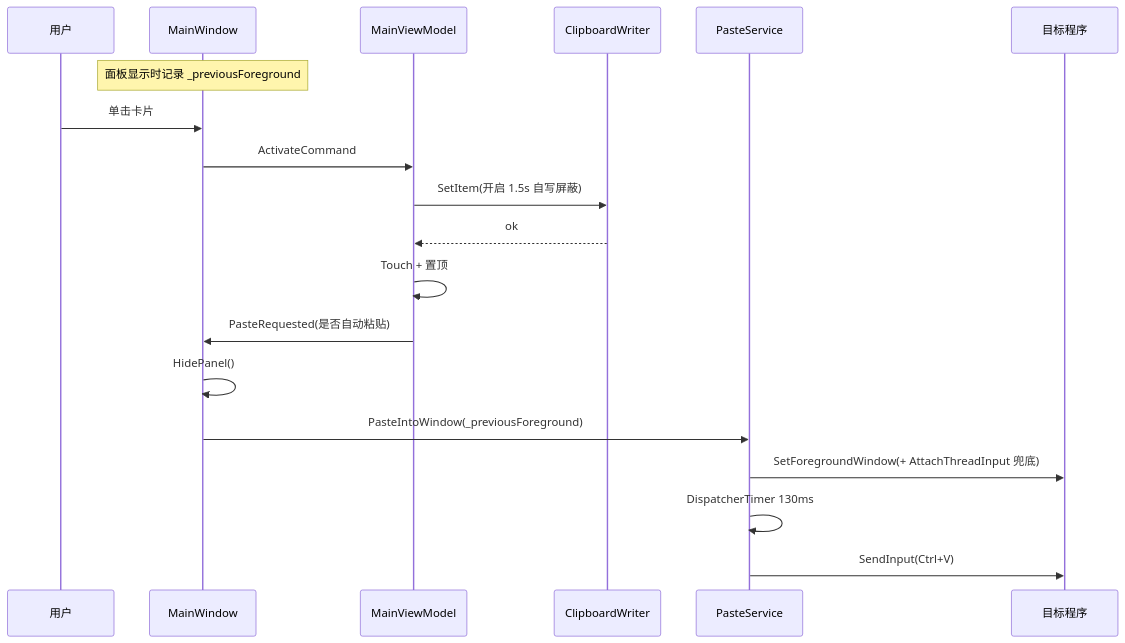
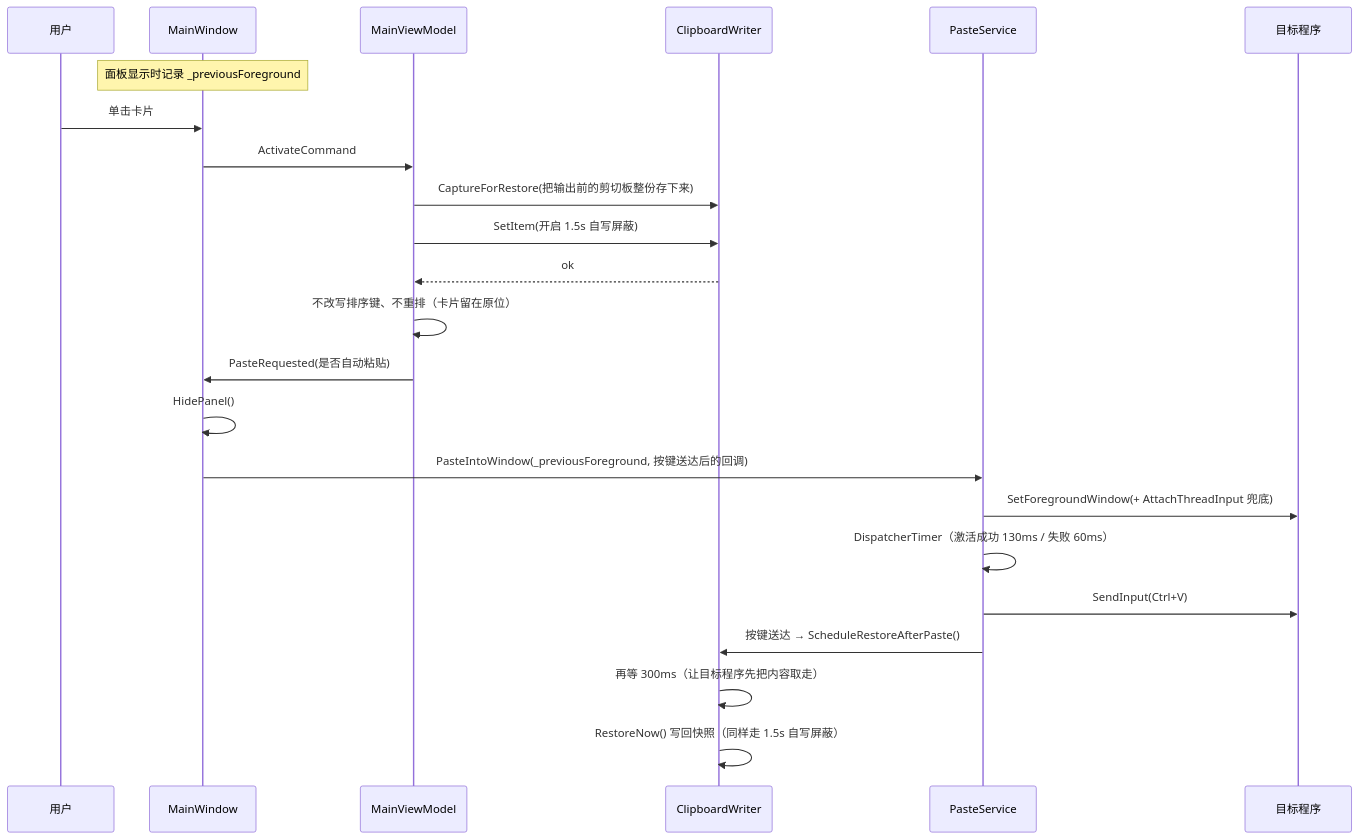
Before and after one commit to mtshone/LightClipboard: the fourth of 4 diagrams in resources/01-架构设计.md, drawn with Mermaid. The commit also changed other lines of this file and 41 other files, not shown here.

First line of the commit message:
v1.3.1（定版）：多选图片拖出改为按点击顺序（有 Ctrl 参与时）+ 资料整理与发布

````diff
--- a/resources/01-架构设计.md
+++ b/resources/01-架构设计.md
@@ -216,22 +251,26 @@
 ```mermaid
 sequenceDiagram
     participant U as 用户
     participant W as MainWindow
     participant VM as MainViewModel
     participant WR as ClipboardWriter
     participant PS as PasteService
     participant T as 目标程序
 
     Note over W: 面板显示时记录 _previousForeground
     U->>W: 单击卡片
     W->>VM: ActivateCommand
+    VM->>WR: CaptureForRestore(把输出前的剪切板整份存下来)
     VM->>WR: SetItem(开启 1.5s 自写屏蔽)
     WR-->>VM: ok
-    VM->>VM: Touch + 置顶
+    VM->>VM: 不改写排序键、不重排（卡片留在原位）
     VM->>W: PasteRequested(是否自动粘贴)
     W->>W: HidePanel()
-    W->>PS: PasteIntoWindow(_previousForeground)
+    W->>PS: PasteIntoWindow(_previousForeground, 按键送达后的回调)
     PS->>T: SetForegroundWindow(+ AttachThreadInput 兜底)
-    PS->>PS: DispatcherTimer 130ms
+    PS->>PS: DispatcherTimer（激活成功 130ms / 失败 60ms）
     PS->>T: SendInput(Ctrl+V)
+    PS->>WR: 按键送达 → ScheduleRestoreAfterPaste()
+    WR->>WR: 再等 300ms（让目标程序先把内容取走）
+    WR->>WR: RestoreNow() 写回快照（同样走 1.5s 自写屏蔽）
 ```
````
